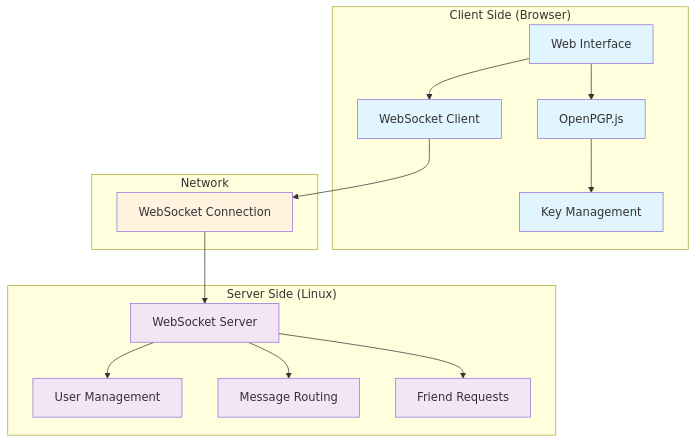
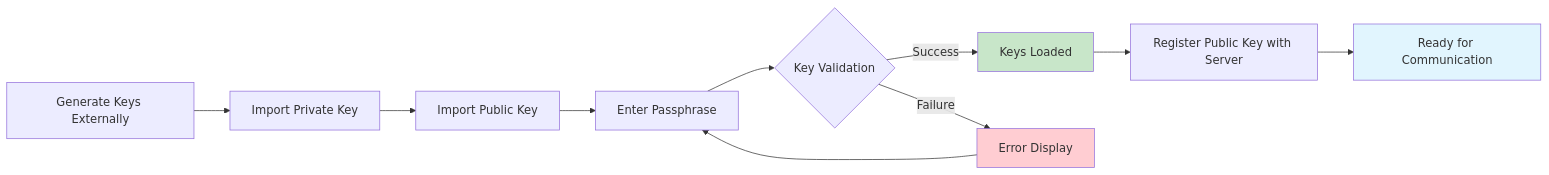
The third of 3 diagrams in README.md (xsukax/xsukax-PGP-Secure-Chat), drawn with Mermaid before and after one commit. The commit also changed other lines of this file, not shown here.

````diff
--- a/README.md
+++ b/README.md
@@ -266,37 +234,16 @@
 ```mermaid
-graph TB
-    subgraph "Client Side (Browser)"
-        UI[Web Interface]
-        OPG[OpenPGP.js]
-        KM[Key Management]
-        WS[WebSocket Client]
-    end
+graph LR
+    A[Generate Keys Externally] --> B[Import Private Key]
+    B --> C[Import Public Key]
+    C --> D[Enter Passphrase]
+    D --> E{Key Validation}
+    E -->|Success| F[Keys Loaded]
+    E -->|Failure| G[Error Display]
+    G --> D
+    F --> H[Register Public Key with Server]
+    H --> I[Ready for Communication]
     
-    subgraph "Network"
-        WSC[WebSocket Connection]
-    end
-    
-    subgraph "Server Side (Linux)"
-        WSS[WebSocket Server]
-        UM[User Management]
-        MR[Message Routing]
-        FR[Friend Requests]
-    end
-    
-    UI --> OPG
-    OPG --> KM
-    UI --> WS
-    WS --> WSC
-    WSC --> WSS
-    WSS --> UM
-    WSS --> MR
-    WSS --> FR
-    
-    classDef client fill:#e1f5fe
-    classDef server fill:#f3e5f5
-    classDef network fill:#fff3e0
-    
-    class UI,OPG,KM,WS client
-    class WSS,UM,MR,FR server
-    class WSC network
+    style F fill:#c8e6c9
+    style G fill:#ffcdd2
+    style I fill:#e1f5fe
 ```
````
